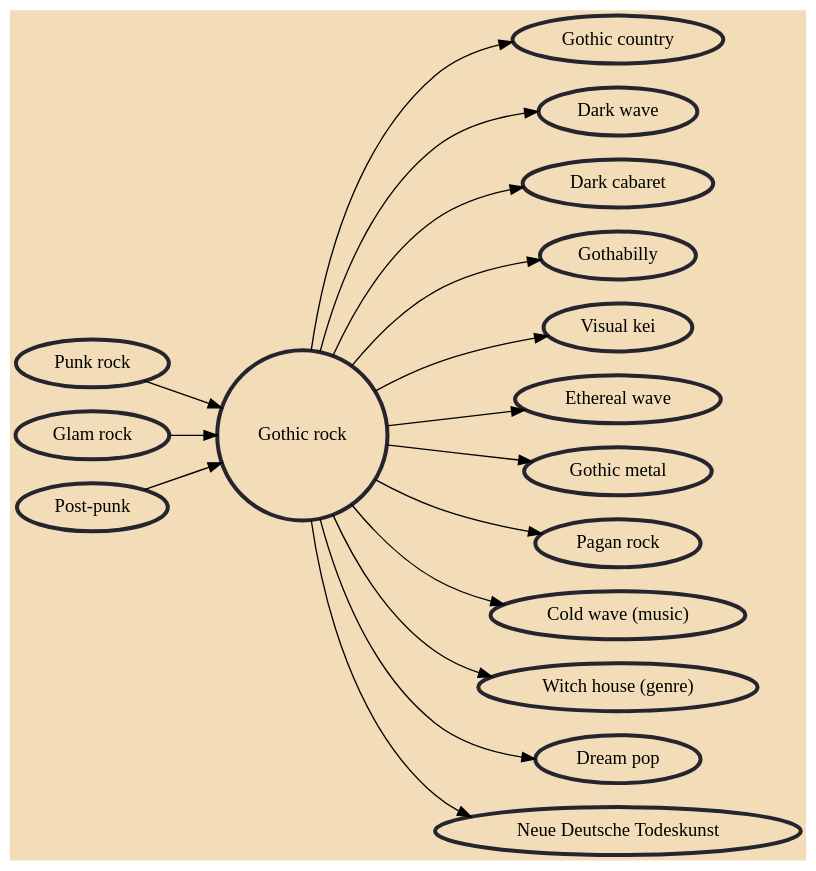
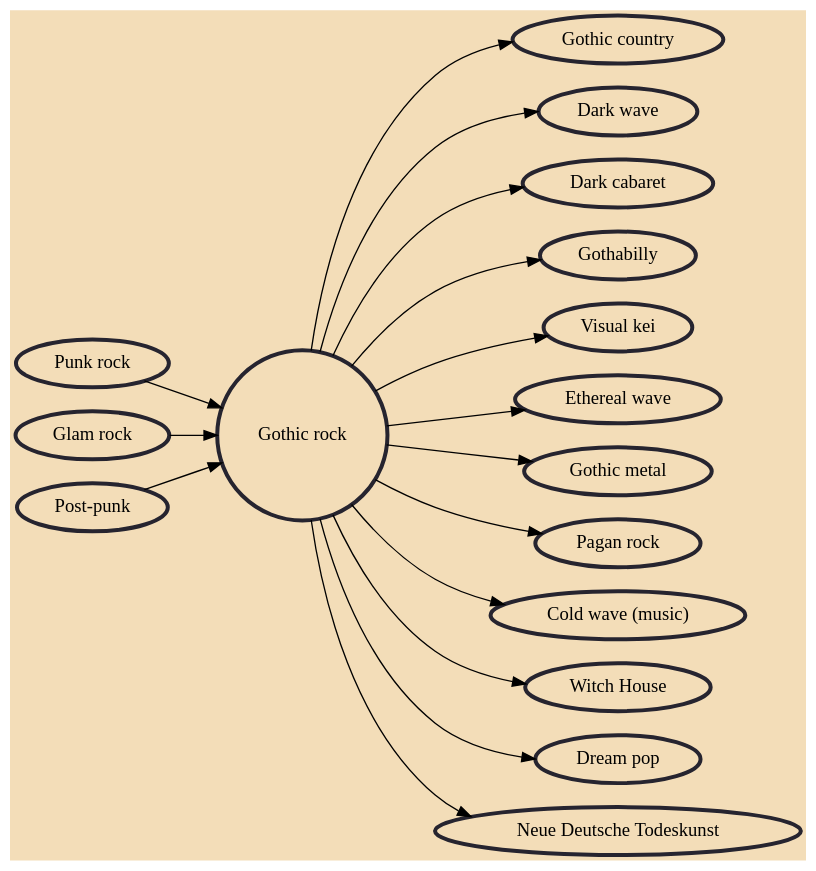
The diagram in Music/Gothic rock.md (avengerpenguin/musicgenres), drawn with Graphviz before and after one commit. The commit also changed other lines of this file and 9 other files, not shown here.

Commit message:
Simplify Witch House (genre) to just Witch House

````diff
--- a/Music/Gothic rock.md
+++ b/Music/Gothic rock.md
@@ -6,37 +6,37 @@
 ```dot
 digraph {
 	graph [bgcolor="#F3DDB8" rankdir=LR]
 	node [color="#26242F" penwidth=3.0]
 	"Gothic rock" [shape=circle]
 	"Punk rock" [URL="/punk-rock/"]
 	"Punk rock" -> "Gothic rock"
 	"Glam rock" [URL="/glam-rock/"]
 	"Glam rock" -> "Gothic rock"
 	"Post-punk" [URL="/post-punk/"]
 	"Post-punk" -> "Gothic rock"
 	"Gothic country" [URL="/gothic-country/"]
 	"Gothic rock" -> "Gothic country"
 	"Dark wave" [URL="/dark-wave/"]
 	"Gothic rock" -> "Dark wave"
 	"Dark cabaret" [URL="/dark-cabaret/"]
 	"Gothic rock" -> "Dark cabaret"
 	Gothabilly [URL="/gothabilly/"]
 	"Gothic rock" -> Gothabilly
 	"Visual kei" [URL="/visual-kei/"]
 	"Gothic rock" -> "Visual kei"
 	"Ethereal wave" [URL="/ethereal-wave/"]
 	"Gothic rock" -> "Ethereal wave"
 	"Gothic metal" [URL="/gothic-metal/"]
 	"Gothic rock" -> "Gothic metal"
 	"Pagan rock" [URL="/pagan-rock/"]
 	"Gothic rock" -> "Pagan rock"
 	"Cold wave (music)" [URL="/cold-wave-music/"]
 	"Gothic rock" -> "Cold wave (music)"
-	"Witch house (genre)" [URL="/witch-house-genre/"]
-	"Gothic rock" -> "Witch house (genre)"
+	"Witch House" [URL="/witch-house/"]
+	"Gothic rock" -> "Witch House"
 	"Dream pop" [URL="/dream-pop/"]
 	"Gothic rock" -> "Dream pop"
 	"Neue Deutsche Todeskunst" [URL="/neue-deutsche-todeskunst/"]
 	"Gothic rock" -> "Neue Deutsche Todeskunst"
 }
 ```
````
